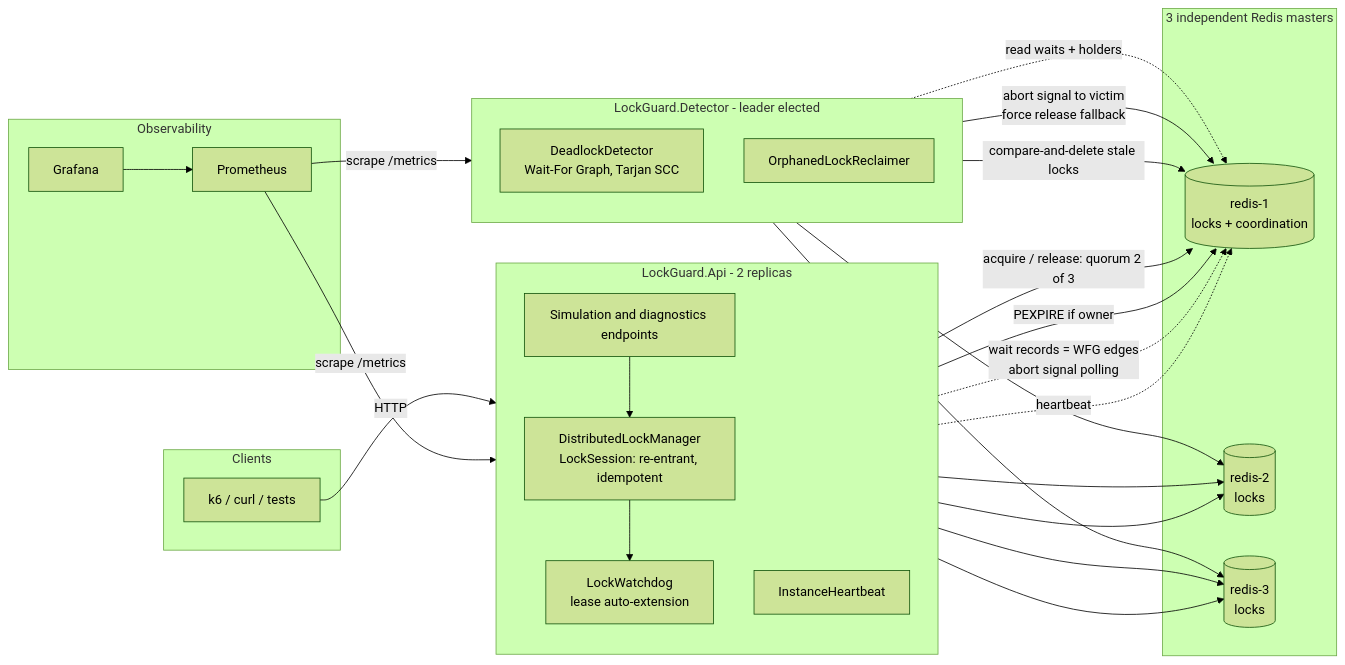
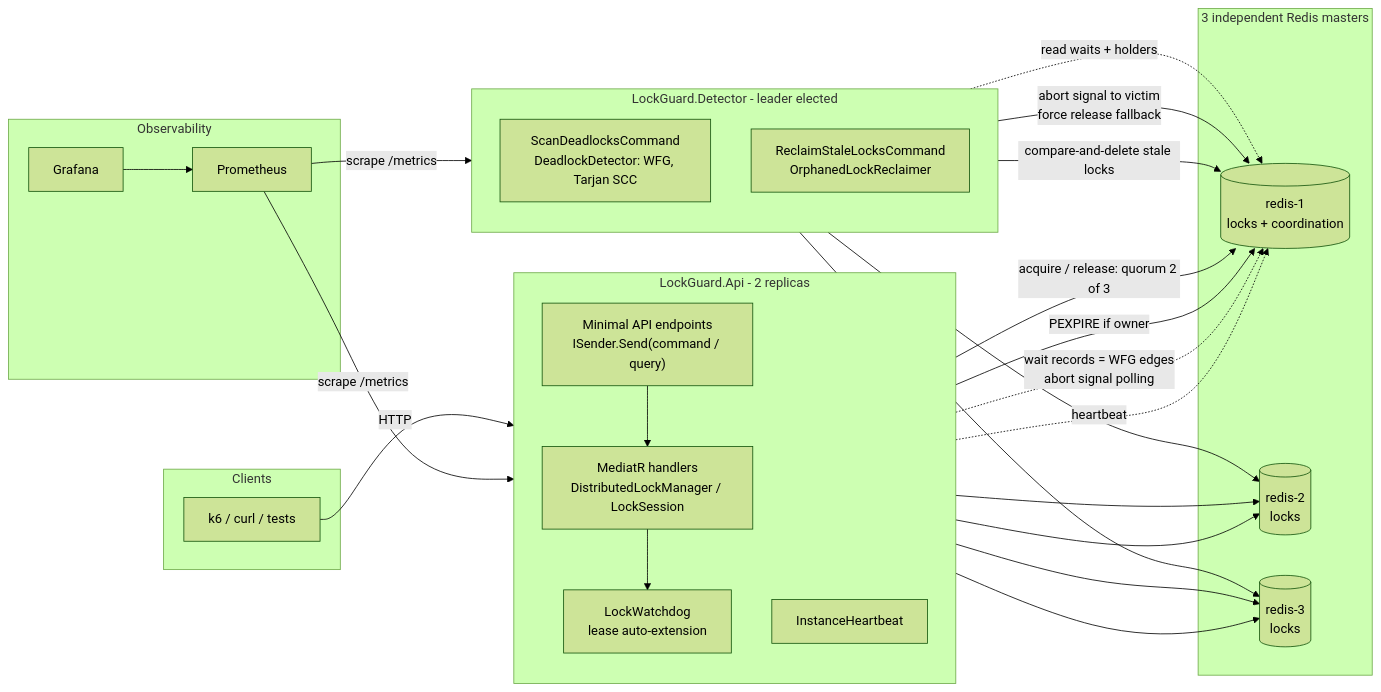
Before and after one commit to batuhan-basay/distributed-lock-deadlock-detector: the first of 7 diagrams in README.md, drawn with Mermaid (forest theme). The commit also changed other lines of this file and 198 other files, not shown here.

First line of the commit message:
Refactor to Clean Architecture with MediatR CQRS; drop integration tests

````diff
--- a/README.md
+++ b/README.md
@@ -68,51 +71,51 @@
 ```mermaid
 flowchart LR
     subgraph Clients
         K6["k6 / curl / tests"]
     end
 
     subgraph API["LockGuard.Api - 2 replicas"]
         direction TB
-        EP["Simulation and diagnostics endpoints"]
-        LM["DistributedLockManager<br/>LockSession: re-entrant, idempotent"]
+        EP["Minimal API endpoints<br/>ISender.Send(command / query)"]
+        LM["MediatR handlers<br/>DistributedLockManager / LockSession"]
         WD["LockWatchdog<br/>lease auto-extension"]
         HB1["InstanceHeartbeat"]
         EP --> LM
         LM --> WD
     end
 
     subgraph Redis["3 independent Redis masters"]
         R1[("redis-1<br/>locks + coordination")]
         R2[("redis-2<br/>locks")]
         R3[("redis-3<br/>locks")]
     end
 
     subgraph Worker["LockGuard.Detector - leader elected"]
         direction TB
-        DD["DeadlockDetector<br/>Wait-For Graph, Tarjan SCC"]
-        OR["OrphanedLockReclaimer"]
+        DD["ScanDeadlocksCommand<br/>DeadlockDetector: WFG, Tarjan SCC"]
+        OR["ReclaimStaleLocksCommand<br/>OrphanedLockReclaimer"]
     end
 
     subgraph Obs["Observability"]
         PR["Prometheus"]
         GR["Grafana"]
     end
 
     K6 -->|HTTP| EP
     LM -->|"acquire / release: quorum 2 of 3"| R1
     LM --> R2
     LM --> R3
     WD -->|"PEXPIRE if owner"| R1
     WD --> R2
     WD --> R3
     LM -.->|"wait records = WFG edges<br/>abort signal polling"| R1
     HB1 -.->|heartbeat| R1
     DD -.->|"read waits + holders"| R1
     DD -->|"abort signal to victim<br/>force release fallback"| R1
     OR -->|"compare-and-delete stale locks"| R1
     OR --> R2
     OR --> R3
     PR -->|"scrape /metrics"| API
     PR -->|"scrape /metrics"| Worker
     GR --> PR
 ```
````
